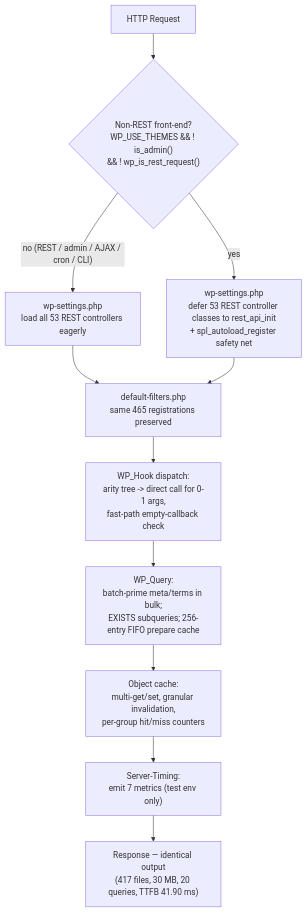
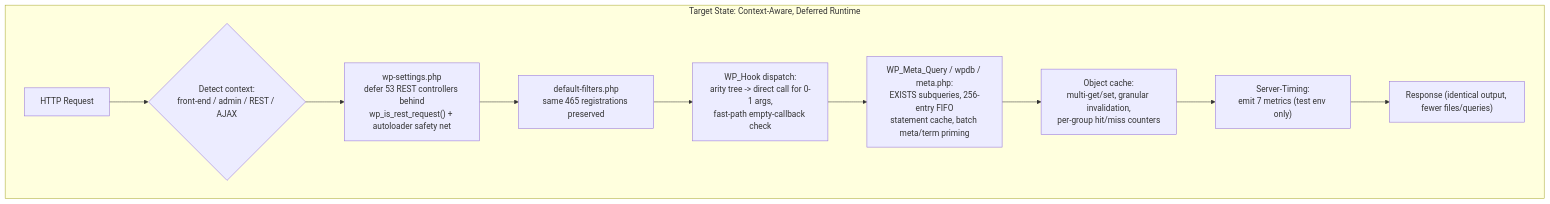
The second of 3 diagrams in benchmarks/results/decision-log-and-traceability.md (Blitzy-Sandbox/blitzy-wordpress), drawn with Mermaid before and after one commit. The commit also changed other lines of this file and 18 other files, not shown here.

````diff
--- a/benchmarks/results/decision-log-and-traceability.md
+++ b/benchmarks/results/decision-log-and-traceability.md
@@ -226,17 +252,14 @@
 ```mermaid
 graph TD
-    %% Diagram: Runtime Architecture — After (context-aware, deferred runtime)
-    %% Legend: diamond = request-context predicate; only a non-REST front-end request
-    %% defers the 53 REST controller classes (every other context loads eagerly);
-    %% all public contracts (signatures, hooks, REST schemas, wp.* API) are preserved.
-    A2["HTTP Request"] --> CTX{"Non-REST front-end?<br/>WP_USE_THEMES &amp;&amp; ! is_admin()<br/>&amp;&amp; ! wp_is_rest_request()"}
-    CTX -->|"yes"| B2["wp-settings.php<br/>defer 53 REST controller classes to rest_api_init<br/>+ spl_autoload_register safety net"]
-    CTX -->|"no (REST / admin / AJAX / cron / CLI)"| B3["wp-settings.php<br/>load all 53 REST controllers eagerly"]
-    B3 --> D2
-    B2 --> D2["default-filters.php<br/>same 465 registrations preserved"]
-    D2 --> E2["WP_Hook dispatch:<br/>arity tree -> direct call for 0-1 args,<br/>fast-path empty-callback check"]
-    E2 --> F2["WP_Query:<br/>batch-prime meta/terms in bulk;<br/>EXISTS subqueries; 256-entry FIFO prepare cache"]
-    F2 --> G2["Object cache:<br/>multi-get/set, granular invalidation,<br/>per-group hit/miss counters"]
-    G2 --> ST["Server-Timing:<br/>emit 7 metrics (test env only)"]
-    ST --> H2["Response — identical output<br/>(417 files, 30 MB, 20 queries, TTFB 41.90 ms)"]
+    subgraph After["Target State: Context-Aware, Deferred Runtime"]
+        A2["HTTP Request"] --> CTX{"Detect context:<br/>front-end / admin / REST / AJAX"}
+        CTX --> B2["wp-settings.php<br/>defer 53 REST controllers behind<br/>wp_is_rest_request() + autoloader safety net"]
+        B2 --> D2["default-filters.php<br/>same 465 registrations preserved"]
+        D2 --> E2["WP_Hook dispatch:<br/>arity tree -> direct call for 0-1 args,<br/>fast-path empty-callback check"]
+        E2 --> F2["WP_Meta_Query / wpdb / meta.php:<br/>EXISTS subqueries, 256-entry FIFO<br/>statement cache, batch meta/term priming"]
+        F2 --> G2["Object cache:<br/>multi-get/set, granular invalidation,<br/>per-group hit/miss counters"]
+        G2 --> ST["Server-Timing:<br/>emit 7 metrics (test env only)"]
+        ST --> H2["Response (identical output, fewer files/queries)"]
+    end
+    %% Legend: diamond = context branch; only context-relevant subsystems load; contracts unchanged
 ```
````
